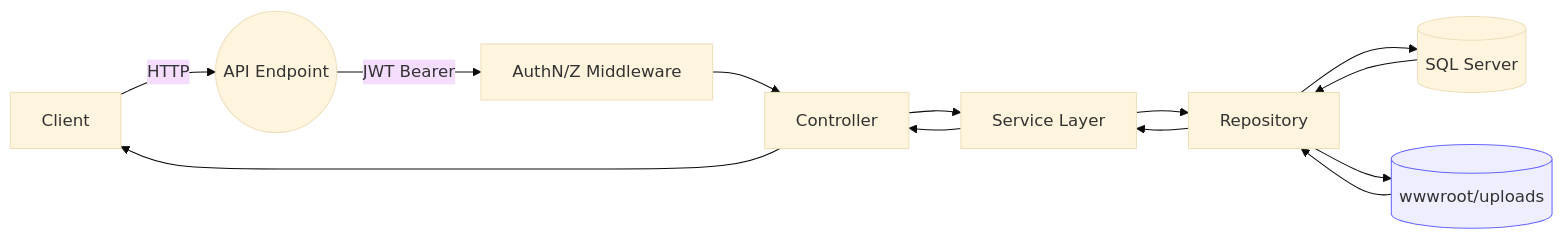
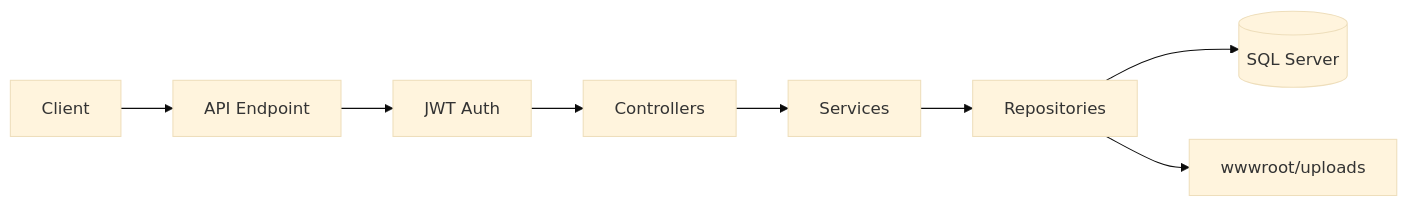
One commit to akchugh-deloitte/Akshit-AI-Assessment-Project-Tracking changed the second of 9 diagrams in docs/DIAGRAMS.md. Above: the diagram before and after it, drawn with Mermaid (base theme). The commit also changed other lines of this file, not shown here.

Commit message:
updated flow diagrams

````diff
--- a/docs/DIAGRAMS.md
+++ b/docs/DIAGRAMS.md
@@ -76,15 +76,18 @@
 ```mermaid
 flowchart LR
-    C[Client] -->|HTTP| GW((API Endpoint))
-    GW -->|JWT Bearer| AUTH[AuthN/Z Middleware]
-    AUTH --> CTRL[Controller]
-    CTRL --> SVC[Service Layer]
-    SVC --> REPO[Repository]
-    REPO --> DB[(SQL Server)]
-    REPO --> FS[(wwwroot/uploads)]:::fs
+    Client --> API
+    API --> Auth
+    Auth --> Controller
+    Controller --> Service
+    Service --> Repository
+    Repository --> Database
+    Repository --> Uploads
 
-    DB --> REPO --> SVC --> CTRL --> C
-    FS --> REPO
-
-    classDef fs fill:#eef,stroke:#66f
+    Uploads[wwwroot/uploads]
+    API[API Endpoint]
+    Auth[JWT Auth]
+    Controller[Controllers]
+    Service[Services]
+    Repository[Repositories]
+    Database[(SQL Server)]
 ```
````
